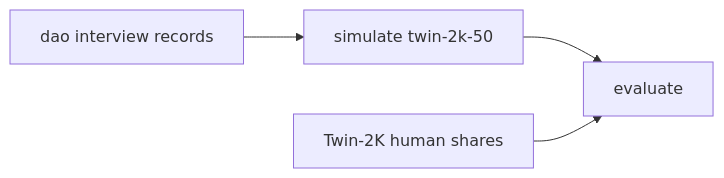
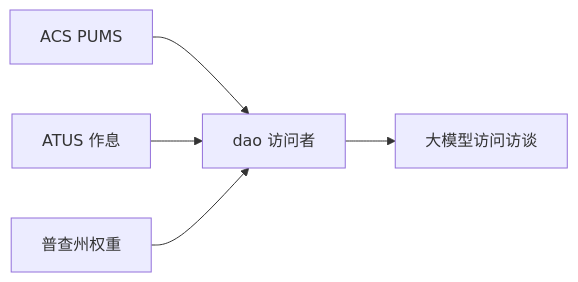
The diagram in README.md (csxAIEngineer/BenchMarkForSimulation), drawn with Mermaid before and after one commit. The commit also changed other lines of this file and 12 other files, not shown here.

````diff
--- a/README.md
+++ b/README.md
@@ -18,10 +14,12 @@
 ```mermaid
 flowchart LR
-  dao[dao interview records]
-  sim[simulate twin-2k-50]
-  ev[evaluate]
-  human[Twin-2K human shares]
+  acs[ACS PUMS]
+  atus[ATUS 作息]
+  census[普查州权重]
+  dao[dao 访问者]
+  sim[大模型访问访谈]
+  acs --> dao
+  atus --> dao
+  census --> dao
   dao --> sim
-  sim --> ev
-  human --> ev
 ```
````
